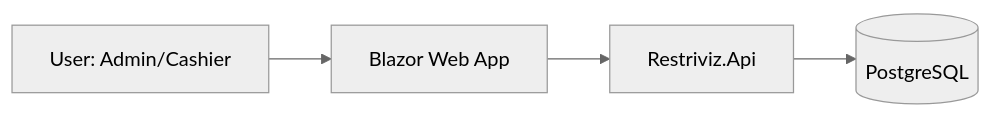
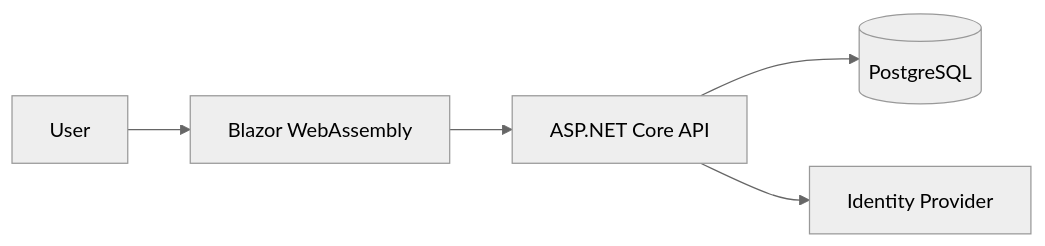
One commit to meghana-m-revankar/ai-builder changed the diagram in projects/restriviz/docs/architecture.md. Above: the diagram before and after it, drawn with Mermaid (neutral theme). The commit also changed other lines of this file and 40 other files, not shown here.

````diff
--- a/projects/restriviz/docs/architecture.md
+++ b/projects/restriviz/docs/architecture.md
@@ -7,6 +7,7 @@
 ```mermaid
 flowchart LR
-    User[User: Admin/Cashier] --> Web[Blazor Web App]
-    Web --> API[Restriviz.Api]
-    API --> DB[(PostgreSQL)]
+    User --> Web[Blazor WebAssembly]
+    Web --> Api[ASP.NET Core API]
+    Api --> DB[(PostgreSQL)]
+    Api --> Auth[Identity Provider]
 ```
````
